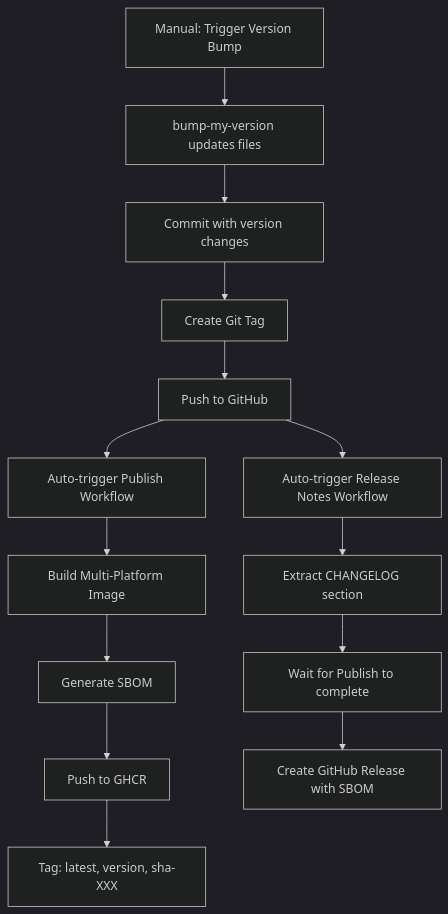
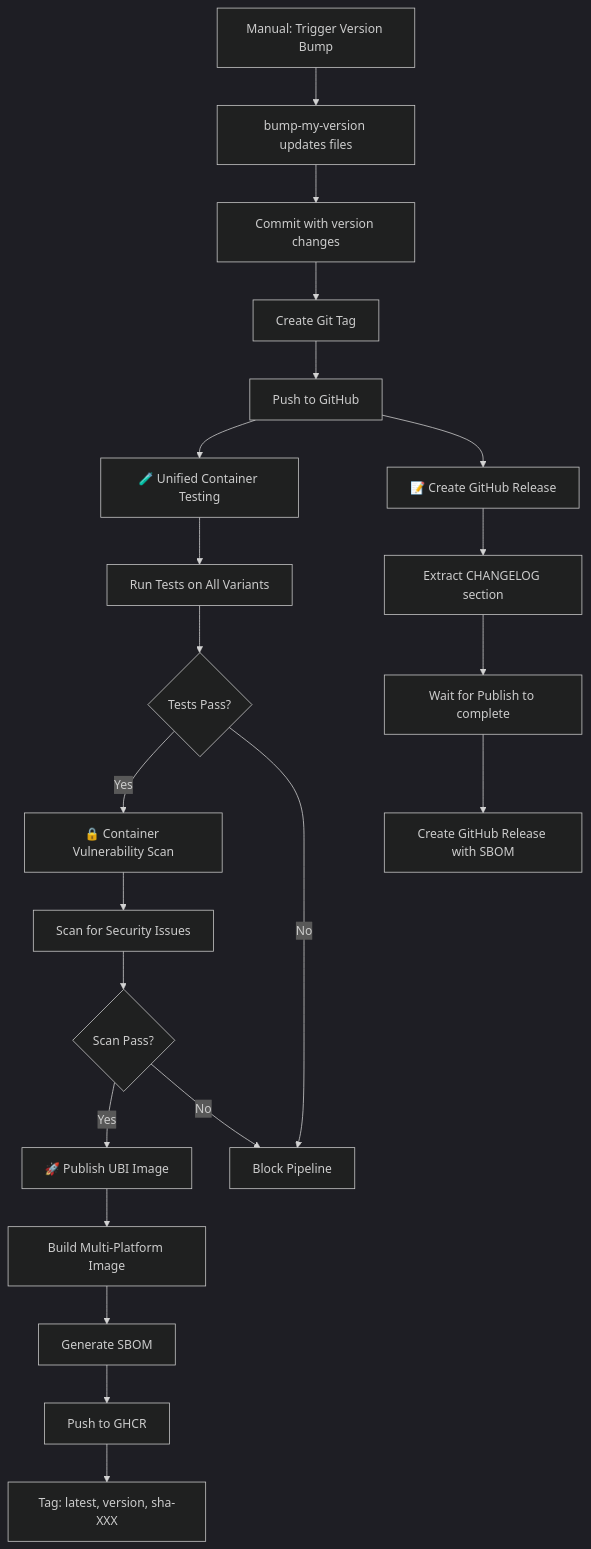
Before and after one commit to egohygiene/ubi: the diagram in docs/release-process.md, drawn with Mermaid (dark theme). The commit also changed other lines of this file and 2 other files, not shown here.

First line of the commit message:
Add workflow dependencies to enforce quality gates before publish (#102)

````diff
--- a/docs/release-process.md
+++ b/docs/release-process.md
@@ -25,16 +25,24 @@
 ```mermaid
 graph TD
     A[Manual: Trigger Version Bump] --> B[bump-my-version updates files]
     B --> C[Commit with version changes]
     C --> D[Create Git Tag]
     D --> E[Push to GitHub]
-    E --> F[Auto-trigger Publish Workflow]
-    E --> K[Auto-trigger Release Notes Workflow]
-    F --> G[Build Multi-Platform Image]
+    E --> F[🧪 Unified Container Testing]
+    E --> K[📝 Create GitHub Release]
+    F --> O[Run Tests on All Variants]
+    O --> P{Tests Pass?}
+    P -->|Yes| Q[🔒 Container Vulnerability Scan]
+    P -->|No| R[Block Pipeline]
+    Q --> S[Scan for Security Issues]
+    S --> T{Scan Pass?}
+    T -->|Yes| U[🚀 Publish UBI Image]
+    T -->|No| R
+    U --> G[Build Multi-Platform Image]
     G --> H[Generate SBOM]
     H --> I[Push to GHCR]
     I --> J[Tag: latest, version, sha-XXX]
     K --> L[Extract CHANGELOG section]
     L --> M[Wait for Publish to complete]
     M --> N[Create GitHub Release with SBOM]
 ```
````
